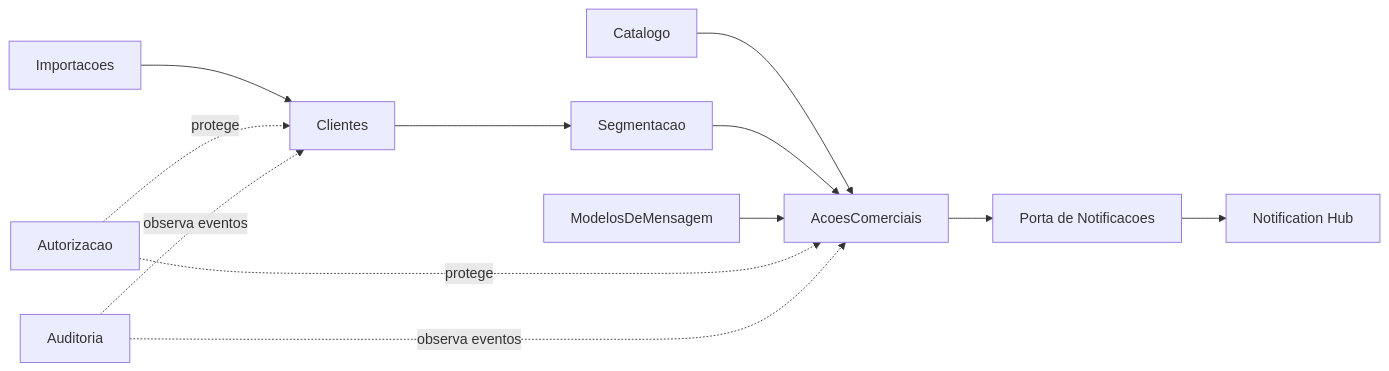
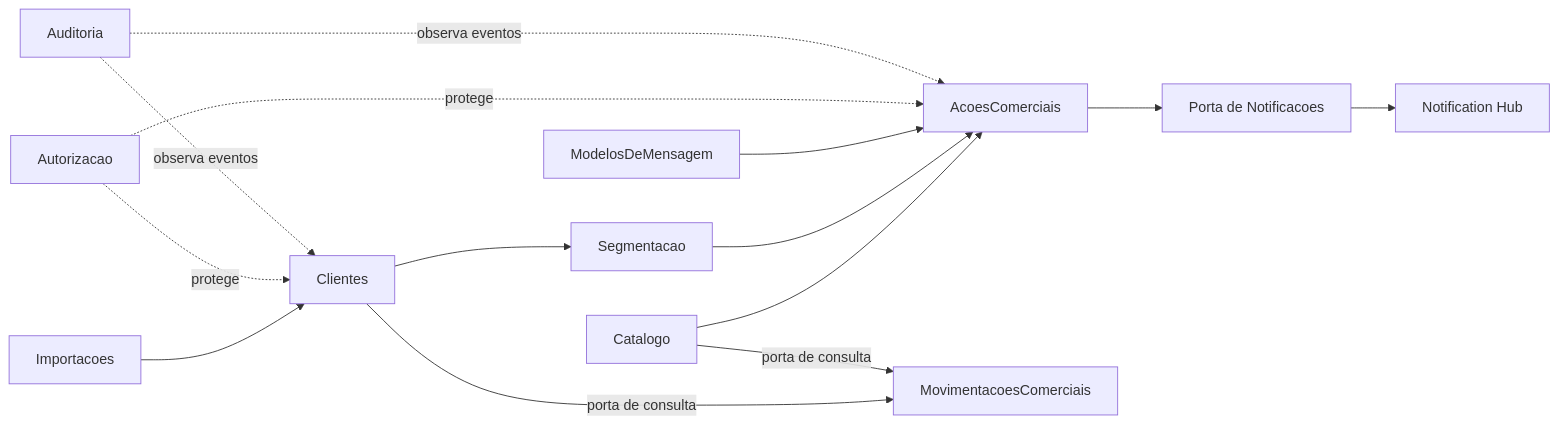
Before and after one commit to gustavodrager/lavamais-crm: the diagram in docs/07-tecnico/arquitetura/02-modulos-e-dependencias.md, drawn with Mermaid. The commit also changed other lines of this file and 54 other files, not shown here.

Commit message:
feat: adicionar movimentacoes comerciais manuais

````diff
--- a/docs/07-tecnico/arquitetura/02-modulos-e-dependencias.md
+++ b/docs/07-tecnico/arquitetura/02-modulos-e-dependencias.md
@@ -19,14 +20,16 @@
 ```mermaid
 flowchart LR
     I[Importacoes] --> C[Clientes]
     C --> S[Segmentacao]
     G[Catalogo] --> A[AcoesComerciais]
     S --> A
     M[ModelosDeMensagem] --> A
     A --> P[Porta de Notificacoes]
     P --> H[Notification Hub]
     AU[Autorizacao] -. protege .-> A
     AU -. protege .-> C
     AD[Auditoria] -. observa eventos .-> A
     AD -. observa eventos .-> C
+    C -->|porta de consulta| MV[MovimentacoesComerciais]
+    G -->|porta de consulta| MV
 ```
````
